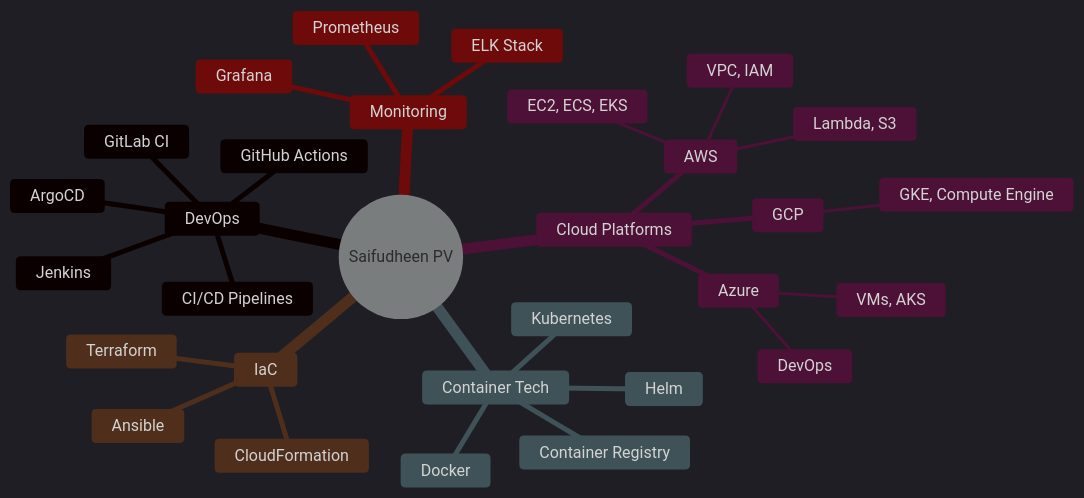
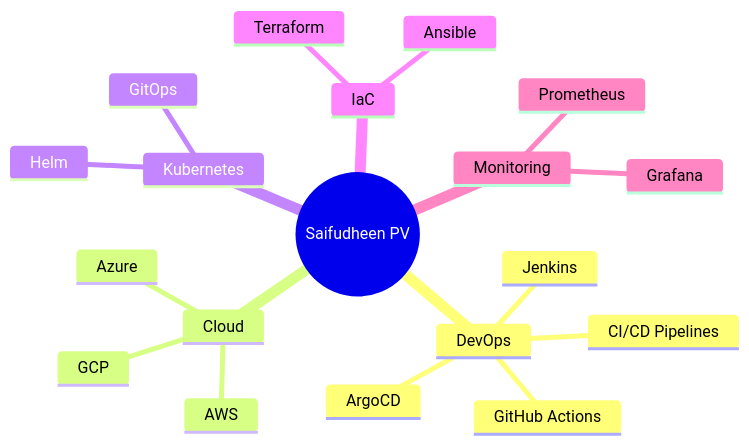
One commit to Saifudheenpv/Saifudheenpv changed the diagram in README.md. Above: the diagram before and after it, drawn with Mermaid. The commit also changed other lines of this file, not shown here.

````diff
--- a/README.md
+++ b/README.md
@@ -127,34 +101,22 @@
 ```mermaid
-%%{init: {'theme':'dark'}}%%
 mindmap
   root((Saifudheen PV))
     DevOps
       CI/CD Pipelines
       Jenkins
-      GitLab CI
       GitHub Actions
       ArgoCD
-    Cloud Platforms
+    Cloud
       AWS
-        EC2, ECS, EKS
-        Lambda, S3
-        VPC, IAM
       Azure
-        VMs, AKS
-        DevOps
       GCP
-        GKE, Compute Engine
-    Container Tech
-      Docker
-      Kubernetes
+    Kubernetes
       Helm
-      Container Registry
+      GitOps
     IaC
       Terraform
       Ansible
-      CloudFormation
     Monitoring
       Prometheus
       Grafana
-      ELK Stack
 ```
````
